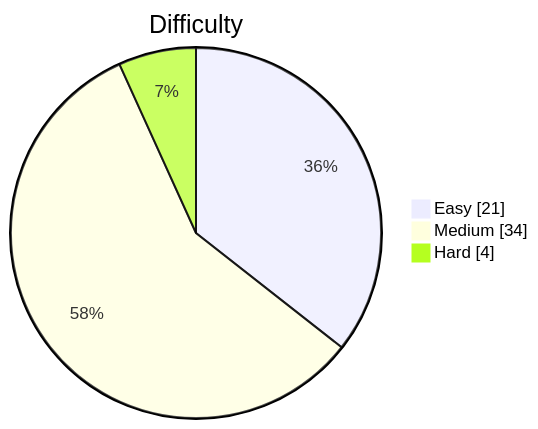
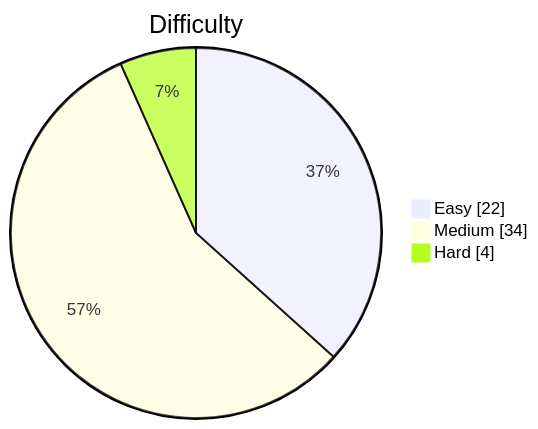
The diagram in README.md (kevstevie/python-algo-practice), drawn with Mermaid before and after one commit. The commit also changed other lines of this file, not shown here.

````diff
--- a/README.md
+++ b/README.md
@@ -13,7 +13,7 @@
 ```mermaid
 pie showData
     title Difficulty
-    "Easy"   : 21
+    "Easy"   : 22
     "Medium" : 34
     "Hard"   : 4
 ```
````
